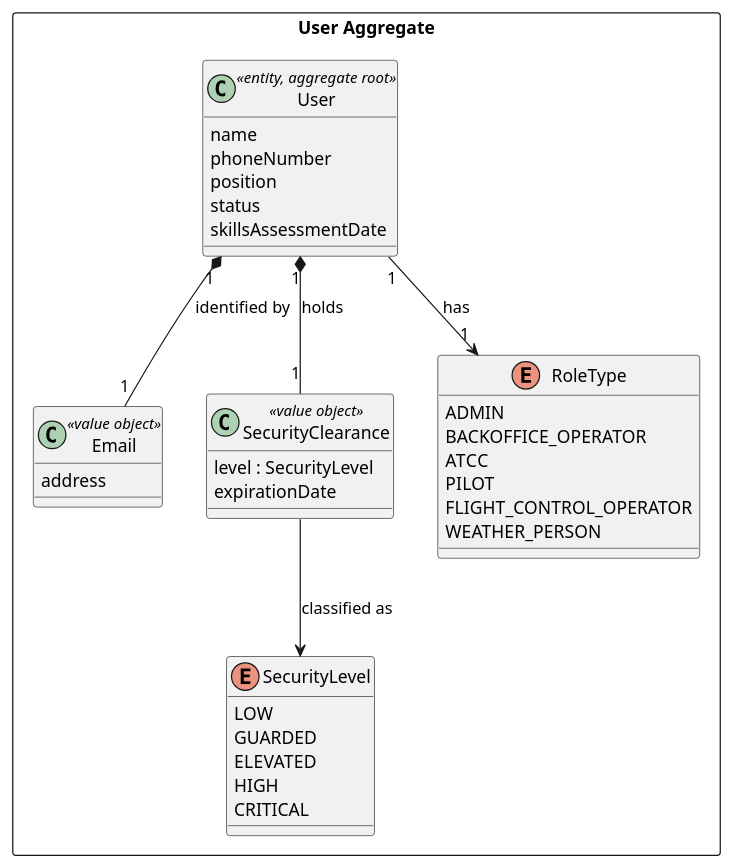
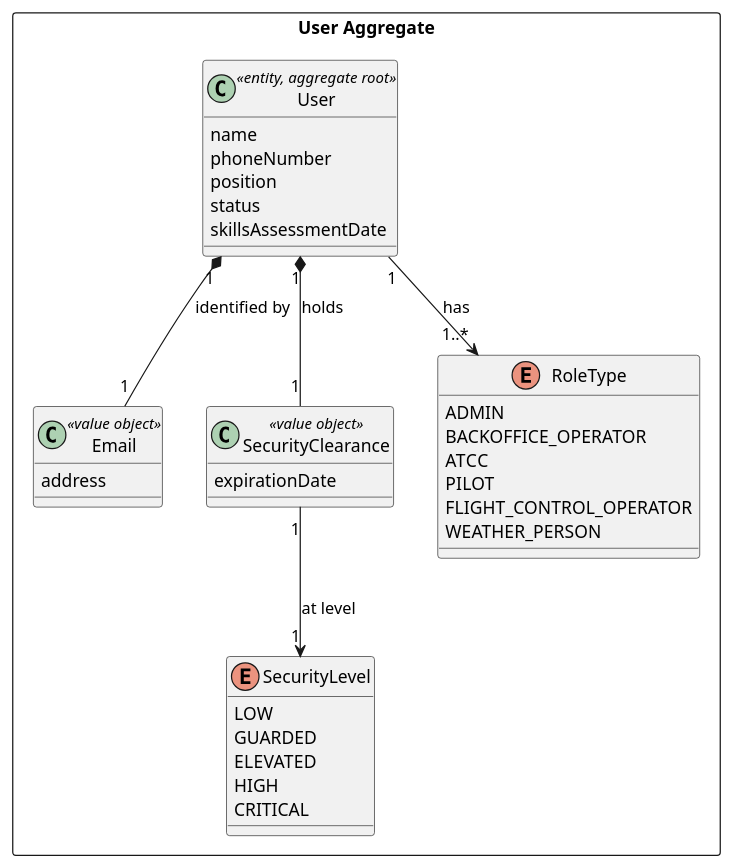
The diagram in aisafe.base/docs/user-stories/us031/puml/US031-domain-model.puml (brunodspinto/aisafe), drawn with PlantUML before and after one commit.

Commit message:
update SecurityClearance relationships and remove level attribute, #21

```diff
--- a/aisafe.base/docs/user-stories/us031/puml/US031-domain-model.puml
+++ b/aisafe.base/docs/user-stories/us031/puml/US031-domain-model.puml
@@ -1,47 +1,46 @@
 @startuml domain_model
 skinparam shadowing false
 skinparam classAttributeIconSize 0
 
 package "User Aggregate" <<Rectangle>> {
 
     class User <<entity, aggregate root>> {
         name
         phoneNumber
         position
         status
         skillsAssessmentDate
     }
 
     class Email <<value object>> {
         address
     }
 
     class SecurityClearance <<value object>> {
-        level : SecurityLevel
         expirationDate
     }
 
     Enum SecurityLevel {
         LOW
         GUARDED
         ELEVATED
         HIGH
         CRITICAL
     }
 
     Enum RoleType {
         ADMIN
         BACKOFFICE_OPERATOR
         ATCC
         PILOT
         FLIGHT_CONTROL_OPERATOR
         WEATHER_PERSON
     }
 }
 
 User "1" *-- "1" Email : "identified by"
 User "1" *-- "1" SecurityClearance : "holds"
-SecurityClearance --> SecurityLevel : "classified as"
-User "1" --> "1" RoleType : "has"
+SecurityClearance "1" --> "1" SecurityLevel : "at level"
+User "1" --> "1..*" RoleType : "has"
 
 @enduml
```
